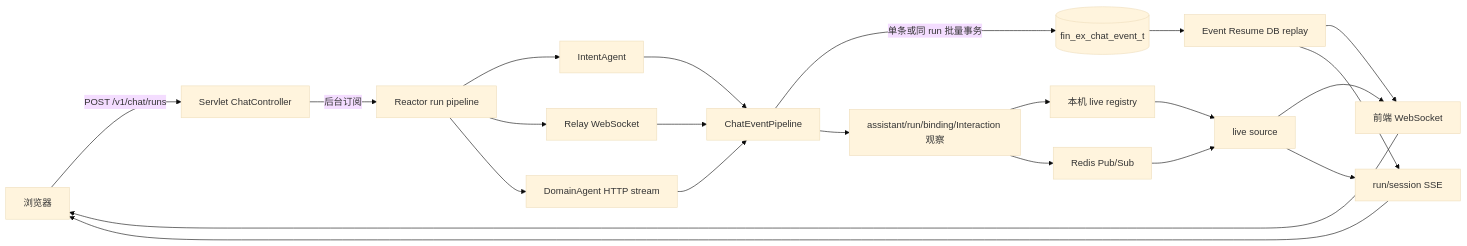
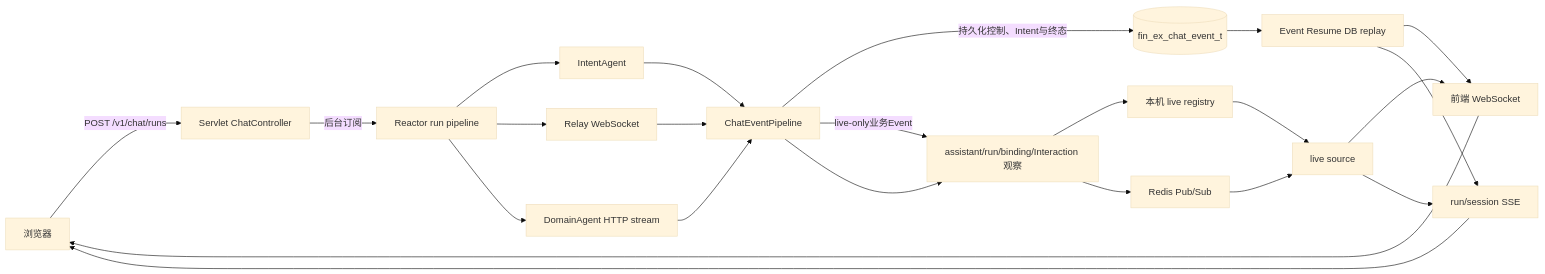
One commit to kunben-duck/exweb changed the first of 4 diagrams in docs/architecture/chat-streaming-and-resume.md. Above: the diagram before and after it, drawn with Mermaid (base theme). The commit also changed other lines of this file and 39 other files, not shown here.

````diff
--- a/docs/architecture/chat-streaming-and-resume.md
+++ b/docs/architecture/chat-streaming-and-resume.md
@@ -41,27 +42,28 @@
 ```mermaid
 flowchart LR
     Browser["浏览器"] -->|"POST /v1/chat/runs"| Servlet["Servlet ChatController"]
     Servlet -->|"后台订阅"| Run["Reactor run pipeline"]
     Run --> Intent["IntentAgent"]
     Run --> Relay["Relay WebSocket"]
     Run --> Domain["DomainAgent HTTP stream"]
 
     Intent --> Pipeline["ChatEventPipeline"]
     Relay --> Pipeline
     Domain --> Pipeline
 
-    Pipeline -->|"单条或同 run 批量事务"| EventDB[("fin_ex_chat_event_t")]
+    Pipeline -->|"持久化控制、Intent与终态"| EventDB[("fin_ex_chat_event_t")]
+    Pipeline -->|"live-only业务Event"| Observe
     Pipeline --> Observe["assistant/run/binding/Interaction 观察"]
     Observe --> Local["本机 live registry"]
     Observe --> Redis["Redis Pub/Sub"]
 
     EventDB --> Replay["Event Resume DB replay"]
     Local --> Live["live source"]
     Redis --> Live
     Replay --> WS["前端 WebSocket"]
     Live --> WS
     Replay --> SSE["run/session SSE"]
     Live --> SSE
     WS --> Browser
     SSE --> Browser
 ```
````
